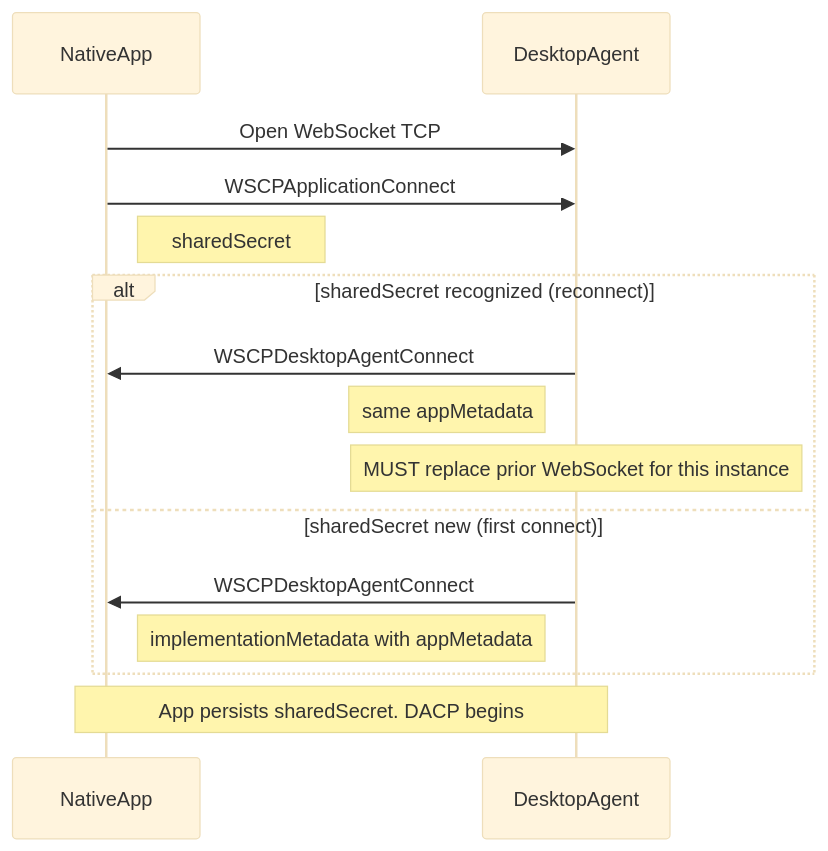
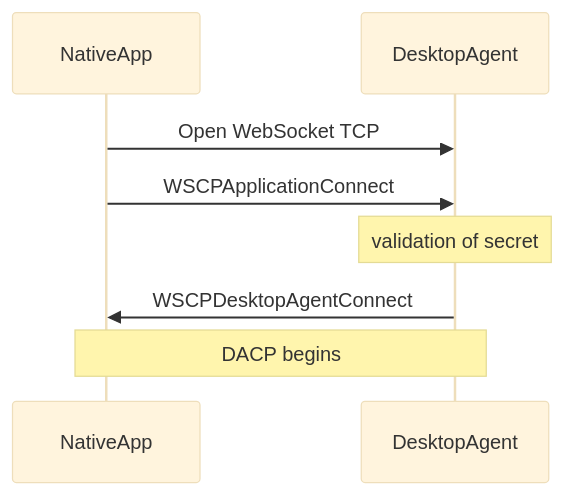
One commit to finos/FDC3 changed the first of 3 diagrams in website/docs/api/specs/webSocketConnectionProtocol.md. Above: the diagram before and after it, drawn with Mermaid (base theme). The commit also changed other lines of this file, not shown here.

````diff
--- a/website/docs/api/specs/webSocketConnectionProtocol.md
+++ b/website/docs/api/specs/webSocketConnectionProtocol.md
@@ -219,18 +192,11 @@
 ```mermaid
 sequenceDiagram
     participant App as NativeApp
     participant DA as DesktopAgent
 
     App->>DA: Open WebSocket TCP
     App->>DA: WSCPApplicationConnect
-    Note right of App: sharedSecret
-    alt sharedSecret recognized (reconnect)
-        DA->>App: WSCPDesktopAgentConnect
-        Note left of DA: same appMetadata
-        Note over DA: MUST replace prior WebSocket for this instance
-    else sharedSecret new (first connect)
-        DA->>App: WSCPDesktopAgentConnect
-        Note left of DA: implementationMetadata with appMetadata
-    end
-    Note over App,DA: App persists sharedSecret. DACP begins
+    Note over DA: validation of secret
+    DA->>App: WSCPDesktopAgentConnect
+    Note over App,DA: DACP begins
 ```
````
